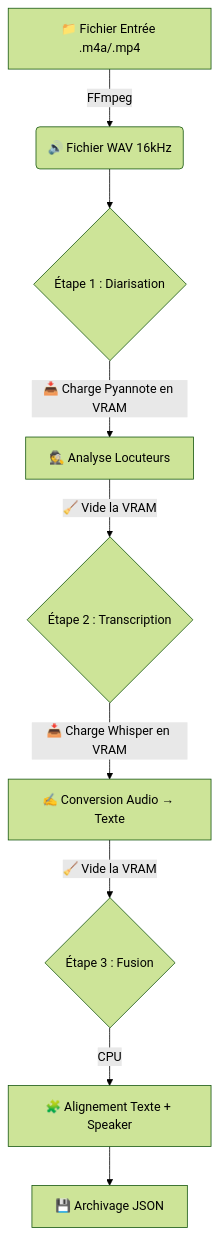
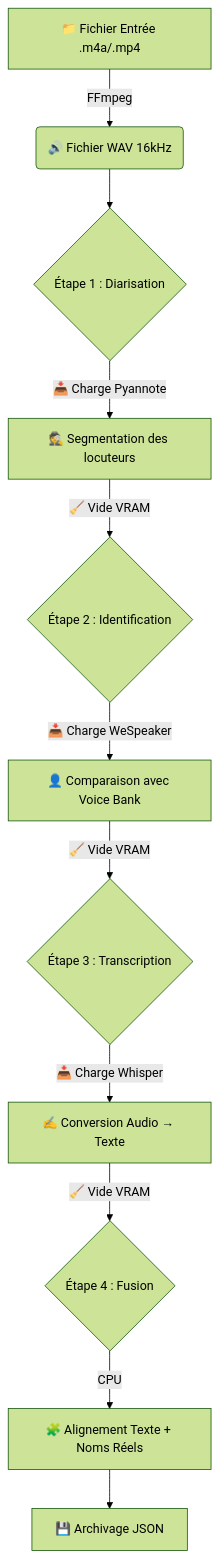
Before and after one commit to emmanuel-cabassot/smart-meeting-scribe: the diagram in README.md, drawn with Mermaid (forest theme). The commit also changed other lines of this file, not shown here.

````diff
--- a/README.md
+++ b/README.md
@@ -13,14 +11,17 @@
 ```mermaid
 graph TD
     A[📁 Fichier Entrée .m4a/.mp4] -->|FFmpeg| B(🔊 Fichier WAV 16kHz)
     
     B --> C{Étape 1 : Diarisation}
-    C -->|"📥 Charge Pyannote en VRAM"| D[🕵️ Analyse Locuteurs]
-    D -->|"🧹 Vide la VRAM"| E{Étape 2 : Transcription}
+    C -->|"📥 Charge Pyannote"| D[🕵️ Segmentation des locuteurs]
+    D -->|"🧹 Vide VRAM"| E{Étape 2 : Identification}
     
-    E -->|"📥 Charge Whisper en VRAM"| F[✍️ Conversion Audio → Texte]
-    F -->|"🧹 Vide la VRAM"| G{Étape 3 : Fusion}
+    E -->|"📥 Charge WeSpeaker"| F[👤 Comparaison avec Voice Bank]
+    F -->|"🧹 Vide VRAM"| G{Étape 3 : Transcription}
     
-    G -->|CPU| H[🧩 Alignement Texte + Speaker]
-    H --> I[💾 Archivage JSON]
+    G -->|"📥 Charge Whisper"| H[✍️ Conversion Audio → Texte]
+    H -->|"🧹 Vide VRAM"| I{Étape 4 : Fusion}
+    
+    I -->|CPU| J[🧩 Alignement Texte + Noms Réels]
+    J --> K[💾 Archivage JSON]
 ```
````
